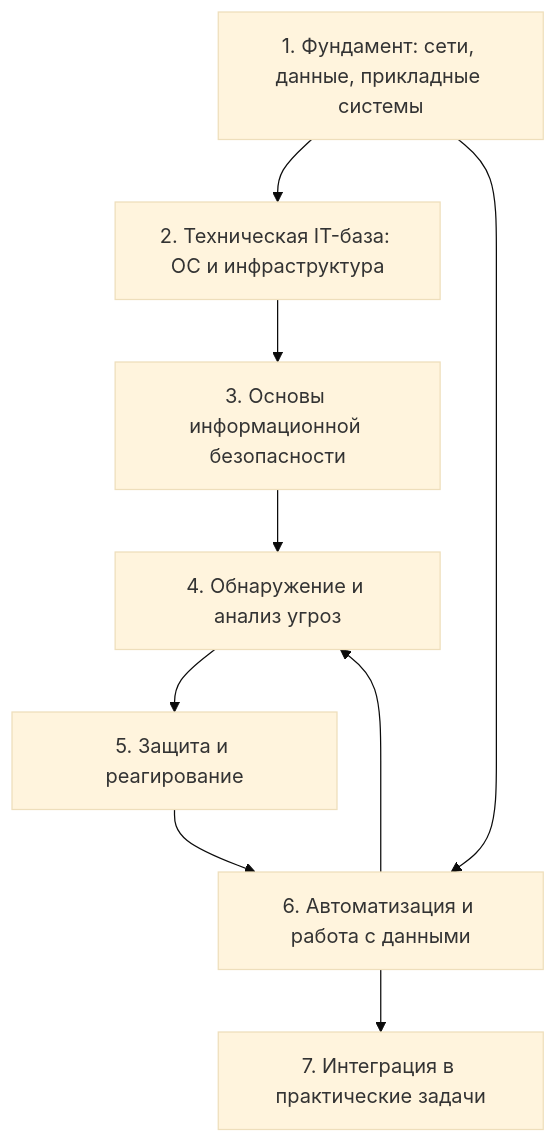
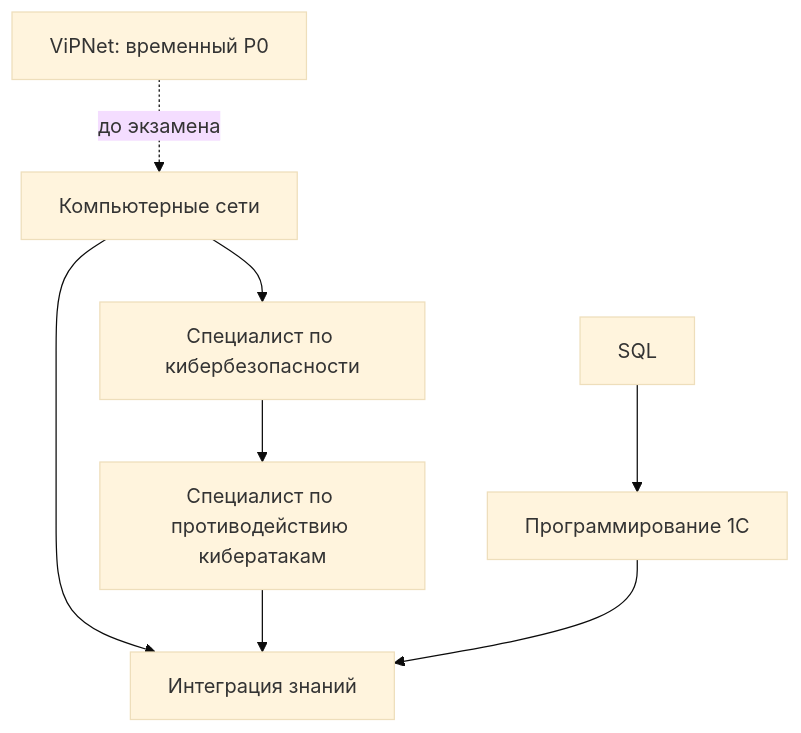
The diagram in 20 — Обучение/Активные курсы/00 — Карта профессионального развития/03 — Дорожная карта развития специалиста.md (HackCtrl/Knowledge-Base), drawn with Mermaid (base theme) before and after one commit. The commit also changed other lines of this file and 49 other files, not shown here.

````diff
--- a/20 — Обучение/Активные курсы/00 — Карта профессионального развития/03 — Дорожная карта развития специалиста.md
+++ b/20 — Обучение/Активные курсы/00 — Карта профессионального развития/03 — Дорожная карта развития специалиста.md
@@ -15,14 +15,10 @@
 ```mermaid
 flowchart TB
-    A[1. Фундамент: сети, данные, прикладные системы]
-    B[2. Техническая IT-база: ОС и инфраструктура]
-    C[3. Основы информационной безопасности]
-    D[4. Обнаружение и анализ угроз]
-    E[5. Защита и реагирование]
-    F[6. Автоматизация и работа с данными]
-    G[7. Интеграция в практические задачи]
-
-    A --> B --> C --> D --> E --> F --> G
-    F --> D
-    A --> F
+    NET[Компьютерные сети] --> CYBER[Специалист по кибербезопасности]
+    CYBER --> RESP[Специалист по противодействию кибератакам]
+    SQL[SQL] --> ONEC[Программирование 1С]
+    NET --> INTEGRATION[Интеграция знаний]
+    RESP --> INTEGRATION
+    ONEC --> INTEGRATION
+    VIP[ViPNet: временный P0] -. до экзамена .-> NET
 ```
````
